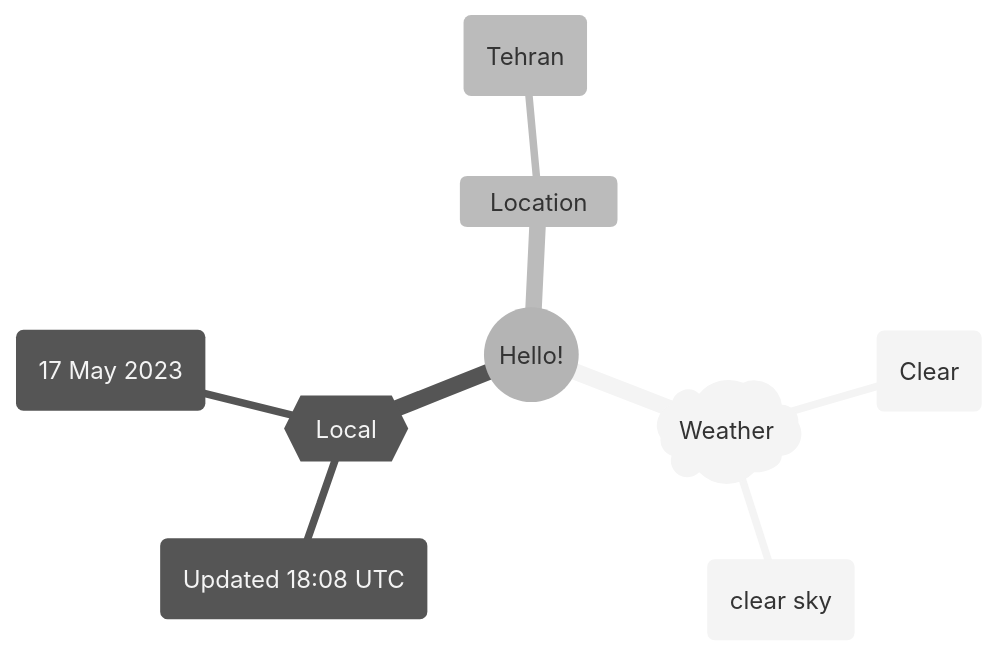
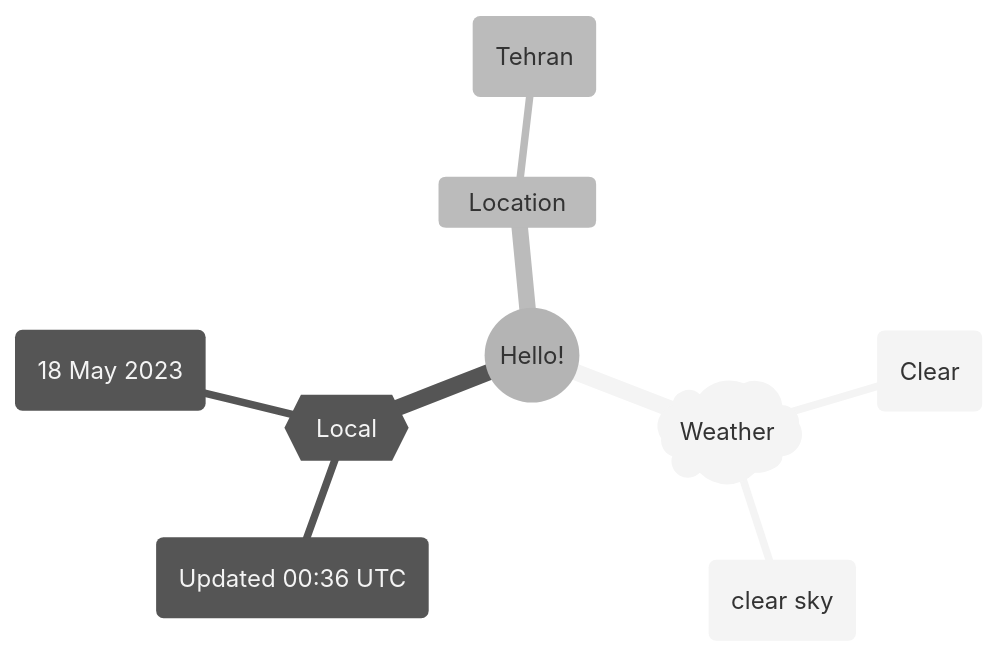
One commit to Xosrov/Xosrov changed the first of 2 diagrams in README.md. Above: the diagram before and after it, drawn with Mermaid (neutral theme).

Commit message:
[bot] updated images

````diff
--- a/README.md
+++ b/README.md
@@ -3,12 +3,12 @@
 ```mermaid
 mindmap
   root((Hello!))
     )Weather(
         (Clear)
         (clear sky)
     {{Local}}
-        (Updated 18:08 UTC)
-        (17 May 2023)
+        (Updated 00:36 UTC)
+        (18 May 2023)
     Location
         (Tehran)
 ```
````
